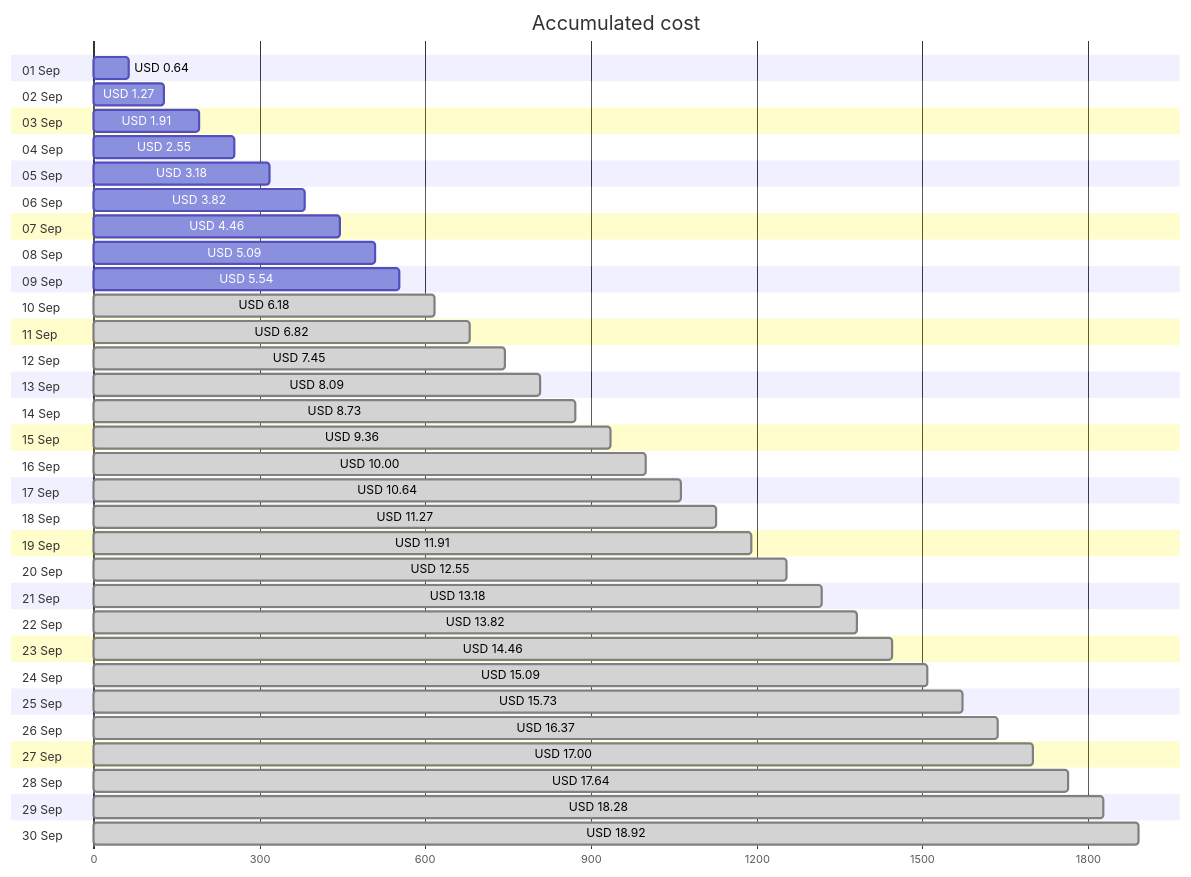
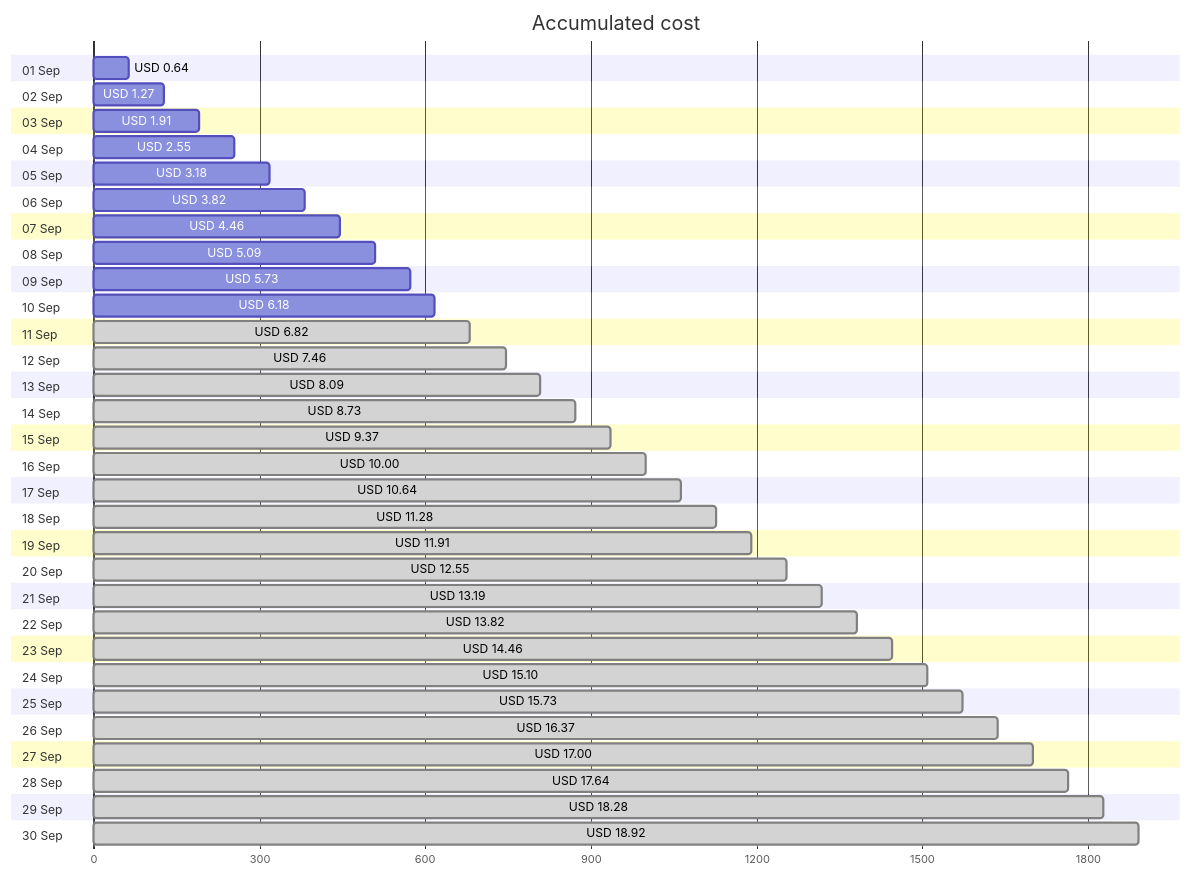
Before and after one commit to jpfulton/azure-personal-reports: the first of 4 diagrams in cost-reports/accumulated-cost.md, drawn with Mermaid. The commit also changed other lines of this file and 4 other files, not shown here.

````diff
--- a/cost-reports/accumulated-cost.md
+++ b/cost-reports/accumulated-cost.md
@@ -20,66 +20,66 @@
 ```mermaid
 gantt
    title Accumulated cost
    dateFormat  X
    axisFormat %s
    section 01 Sep
    USD 0.64 :0, 64
    section 02 Sep
    USD 1.27 :0, 127
    section 03 Sep
    USD 1.91 :0, 191
    section 04 Sep
    USD 2.55 :0, 255
    section 05 Sep
    USD 3.18 :0, 318
    section 06 Sep
    USD 3.82 :0, 382
    section 07 Sep
    USD 4.46 :0, 446
    section 08 Sep
    USD 5.09 :0, 509
    section 09 Sep
-   USD 5.54 :0, 554
+   USD 5.73 :0, 573
    section 10 Sep
-   USD 6.18 : done, 0, 618
+   USD 6.18 :0, 618
    section 11 Sep
    USD 6.82 : done, 0, 682
    section 12 Sep
-   USD 7.45 : done, 0, 745
+   USD 7.46 : done, 0, 746
    section 13 Sep
    USD 8.09 : done, 0, 809
    section 14 Sep
    USD 8.73 : done, 0, 873
    section 15 Sep
-   USD 9.36 : done, 0, 936
+   USD 9.37 : done, 0, 937
    section 16 Sep
    USD 10.00 : done, 0, 1000
    section 17 Sep
    USD 10.64 : done, 0, 1064
    section 18 Sep
-   USD 11.27 : done, 0, 1127
+   USD 11.28 : done, 0, 1128
    section 19 Sep
    USD 11.91 : done, 0, 1191
    section 20 Sep
    USD 12.55 : done, 0, 1255
    section 21 Sep
-   USD 13.18 : done, 0, 1318
+   USD 13.19 : done, 0, 1319
    section 22 Sep
    USD 13.82 : done, 0, 1382
    section 23 Sep
    USD 14.46 : done, 0, 1446
    section 24 Sep
-   USD 15.09 : done, 0, 1509
+   USD 15.10 : done, 0, 1510
    section 25 Sep
    USD 15.73 : done, 0, 1573
    section 26 Sep
    USD 16.37 : done, 0, 1637
    section 27 Sep
    USD 17.00 : done, 0, 1700
    section 28 Sep
    USD 17.64 : done, 0, 1764
    section 29 Sep
    USD 18.28 : done, 0, 1828
    section 30 Sep
    USD 18.92 : done, 0, 1892
 ```
````
